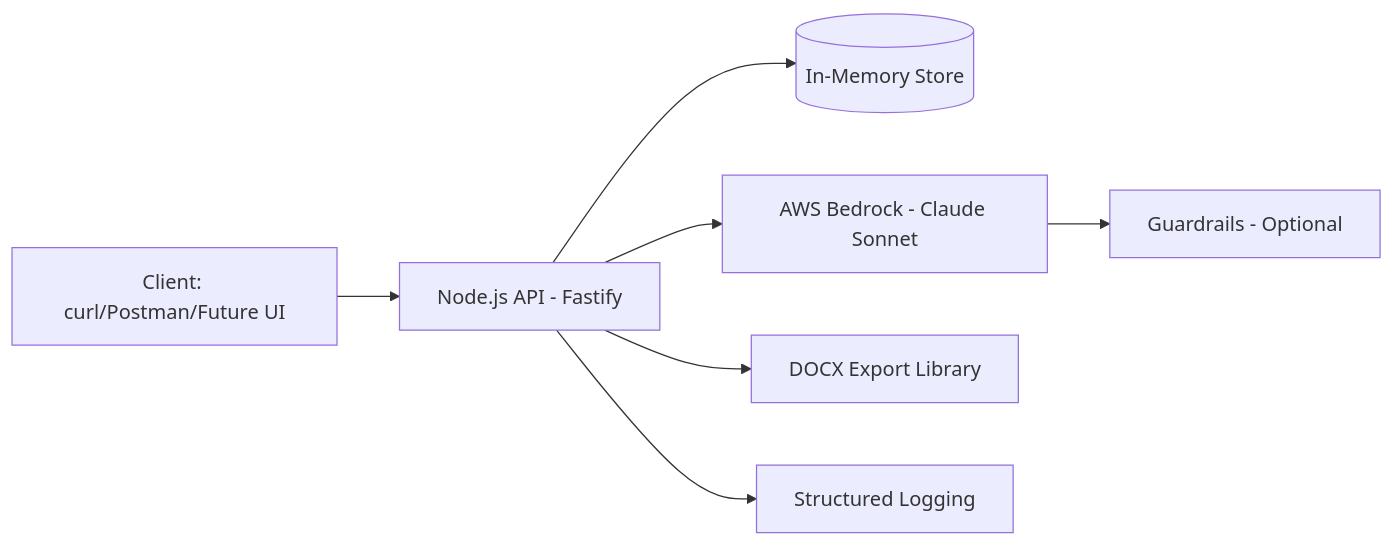
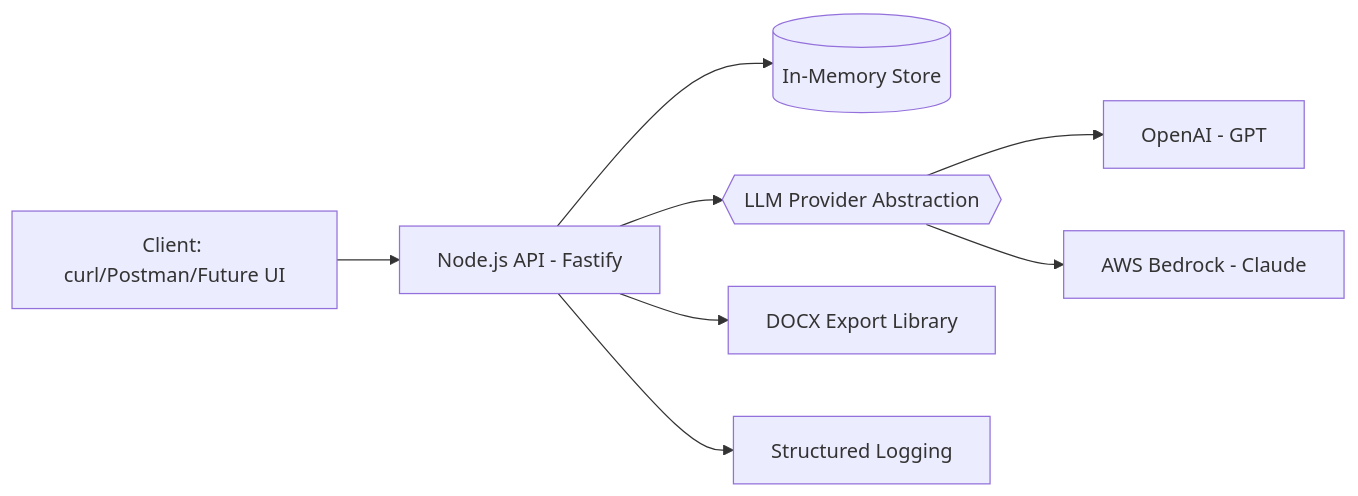
Before and after one commit to mdayku/twimc: the diagram in ARCHITECTURE.md, drawn with Mermaid. The commit also changed other lines of this file and 3 other files, not shown here.

````diff
--- a/ARCHITECTURE.md
+++ b/ARCHITECTURE.md
@@ -9,9 +9,10 @@
 ```mermaid
 flowchart LR
     Client[Client: curl/Postman/Future UI] --> API[Node.js API - Fastify]
     API --> Store[(In-Memory Store)]
-    API --> Bedrock[AWS Bedrock - Claude Sonnet]
+    API --> LLM{{LLM Provider Abstraction}}
+    LLM --> OpenAI[OpenAI - GPT]
+    LLM --> Bedrock[AWS Bedrock - Claude]
     API --> DOCX[DOCX Export Library]
-    Bedrock --> GR[Guardrails - Optional]
     API --> Logger[Structured Logging]
 ```
````
